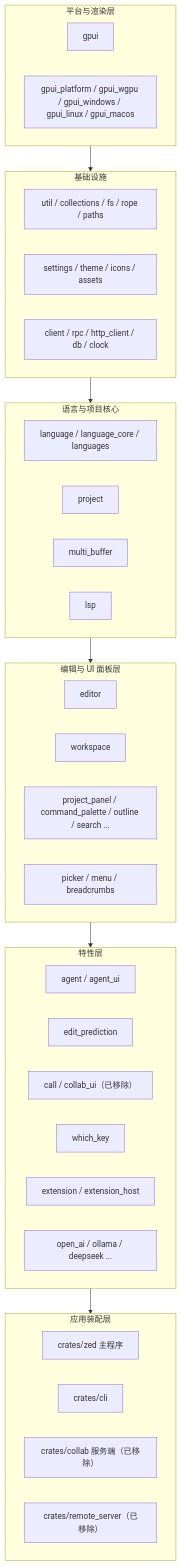
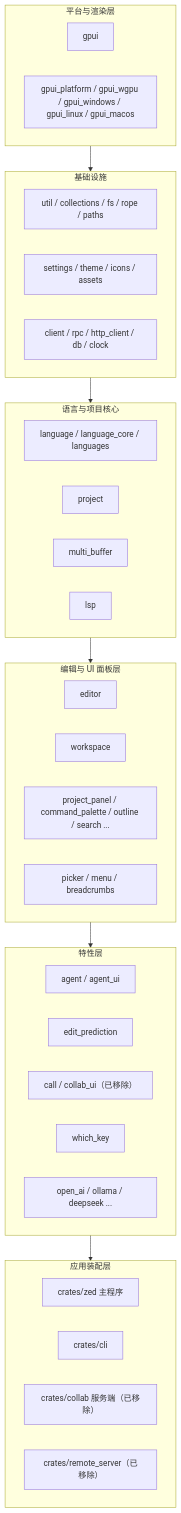
Before and after one commit to rzhangjing/zed: the diagram in wiki/Architecture.md, drawn with Mermaid. The commit also changed other lines of this file and 216 other files, not shown here.

````diff
--- a/wiki/Architecture.md
+++ b/wiki/Architecture.md
@@ -7,40 +7,39 @@
 ```mermaid
 graph TB
     subgraph L6[应用装配层]
         ZED[crates/zed 主程序]
         CLI[crates/cli]
         COLLAB["crates/collab 服务端（已移除）"]
         RS["crates/remote_server（已移除）"]
     end
     subgraph L5[特性层]
         AGENT[agent / agent_ui]
         PRED[edit_prediction]
         CALL["call / collab_ui（已移除）"]
         VIM[which_key]
-        EXT[extension / extension_host]
         PROV[open_ai / ollama / deepseek ...]
     end
     subgraph L4[编辑与 UI 面板层]
         EDITOR[editor]
         WS[workspace]
         PANELS[project_panel / command_palette / outline / search ...]
         PICKER[picker / menu / breadcrumbs]
     end
     subgraph L3[语言与项目核心]
         LANG[language / language_core / languages]
         PROJ[project]
         MB[multi_buffer]
         LSP[lsp]
     end
     subgraph L2[基础设施]
         UTIL[util / collections / fs / rope / paths]
         SET[settings / theme / icons / assets]
         NET[client / rpc / http_client / db / clock]
     end
     subgraph L1[平台与渲染层]
         GPUI[gpui]
         PLAT[gpui_platform / gpui_wgpu / gpui_windows / gpui_linux / gpui_macos]
     end
 
     L1 --> L2 --> L3 --> L4 --> L5 --> L6
 ```
````
